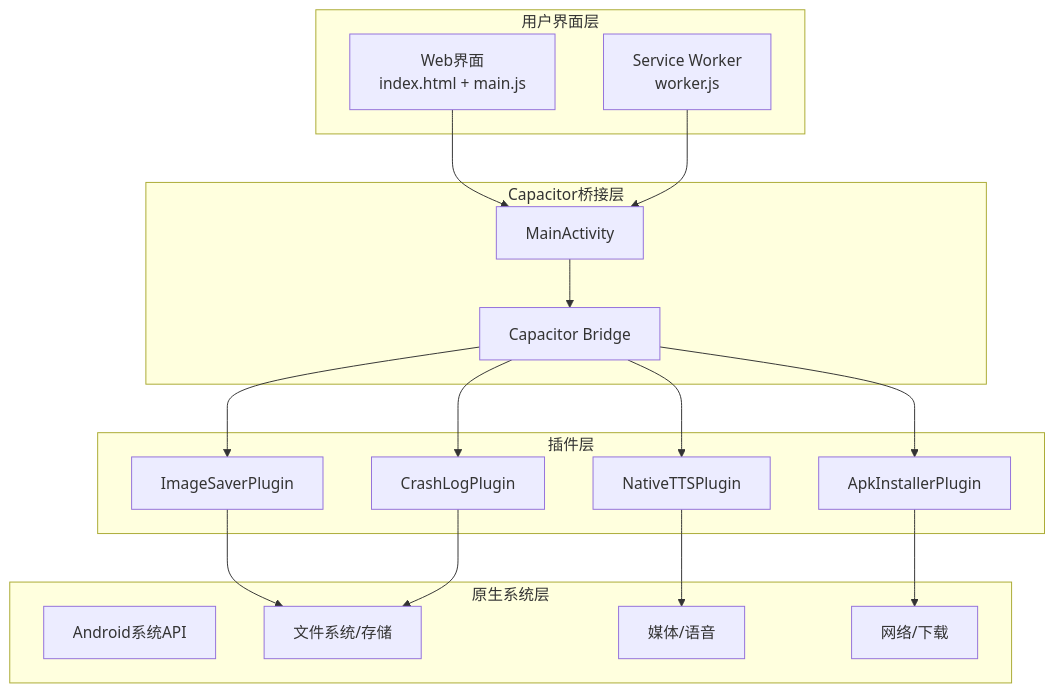
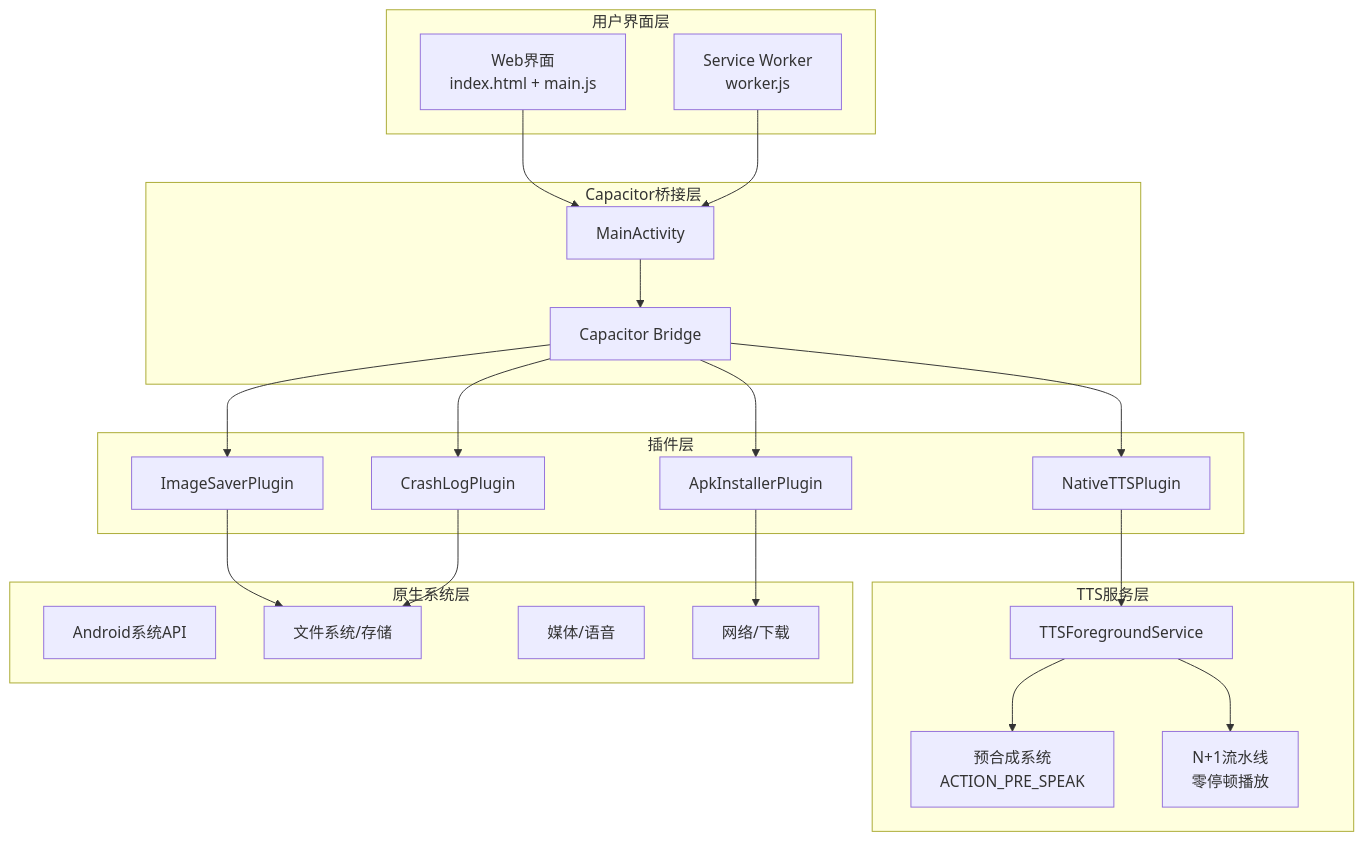
One commit to zhao-zg/cx changed the second of 10 diagrams in .qoder/repowiki/zh/content/移动应用开发/移动应用开发.md. Above: the diagram before and after it, drawn with Mermaid. The commit also changed other lines of this file and 48 other files, not shown here.

````diff
--- a/.qoder/repowiki/zh/content/移动应用开发/移动应用开发.md
+++ b/.qoder/repowiki/zh/content/移动应用开发/移动应用开发.md
@@ -141,34 +165,41 @@
 ```mermaid
 graph TB
 subgraph "用户界面层"
 WEBUI["Web界面<br/>index.html + main.js"]
 SW["Service Worker<br/>worker.js"]
 end
 subgraph "Capacitor桥接层"
 MAINACT["MainActivity"]
 BRIDGE["Capacitor Bridge"]
 end
 subgraph "插件层"
 APK["ApkInstallerPlugin"]
 CRASH["CrashLogPlugin"]
 IMG["ImageSaverPlugin"]
 TTS["NativeTTSPlugin"]
 end
+subgraph "TTS服务层"
+SERVICE["TTSForegroundService"]
+PRE_SYNTH["预合成系统<br/>ACTION_PRE_SPEAK"]
+PIPELINE["N+1流水线<br/>零停顿播放"]
+end
 subgraph "原生系统层"
 ANDROID["Android系统API"]
 FS["文件系统/存储"]
 MEDIA["媒体/语音"]
 NET["网络/下载"]
 end
 WEBUI --> MAINACT
 SW --> MAINACT
 MAINACT --> BRIDGE
 BRIDGE --> APK
 BRIDGE --> CRASH
 BRIDGE --> IMG
 BRIDGE --> TTS
 APK --> NET
 IMG --> FS
-TTS --> MEDIA
+TTS --> SERVICE
+SERVICE --> PRE_SYNTH
+SERVICE --> PIPELINE
 CRASH --> FS
 ```
````
